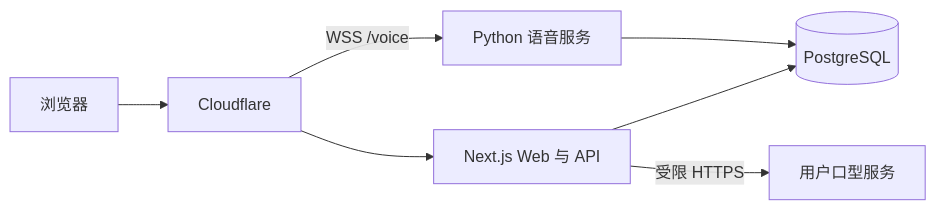
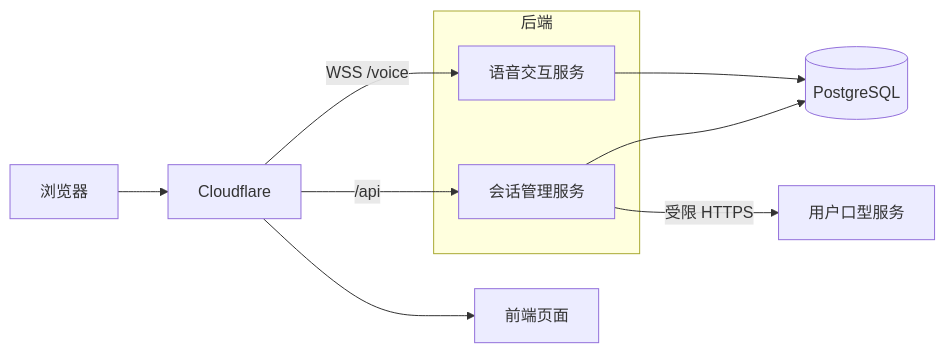
The diagram in docs/deployment/public-trial.md (happy-token/OpenRealtime), drawn with Mermaid before and after one commit. The commit also changed other lines of this file and 12 other files, not shown here.

````diff
--- a/docs/deployment/public-trial.md
+++ b/docs/deployment/public-trial.md
@@ -5,9 +7,14 @@
 ```mermaid
 flowchart LR
   Browser[浏览器] --> CF[Cloudflare]
-  CF --> Web[Next.js Web 与 API]
-  CF -->|WSS /voice| Voice[Python 语音服务]
-  Web --> DB[(PostgreSQL)]
+  CF --> UI[前端页面]
+  CF -->|/api| API
+  CF -->|WSS /voice| Voice
+  subgraph Backend[后端]
+    API[会话管理服务]
+    Voice[语音交互服务]
+  end
+  API --> DB[(PostgreSQL)]
   Voice --> DB
-  Web -->|受限 HTTPS| Lip[用户口型服务]
+  API -->|受限 HTTPS| Lip[用户口型服务]
 ```
````
